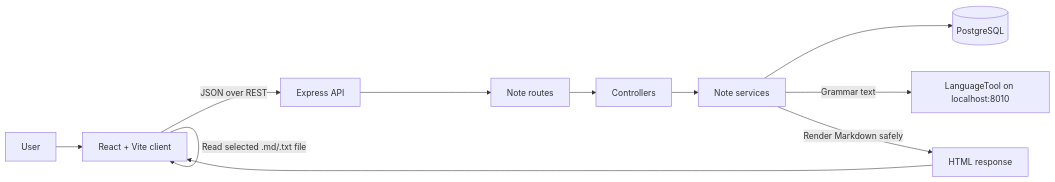
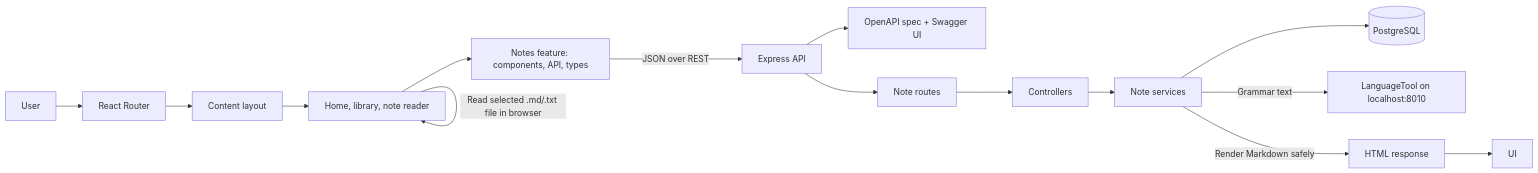
One commit to Pankajkantghz/markdown-notes-app changed the diagram in README.md. Above: the diagram before and after it, drawn with Mermaid. The commit also changed other lines of this file and 38 other files, not shown here.

Commit message:
refactor(app): restructure into feature-based architecture and add Swagger API

````diff
--- a/README.md
+++ b/README.md
@@ -7,13 +7,17 @@
 ```mermaid
 flowchart LR
-  User --> UI[React + Vite client]
-  UI -->|JSON over REST| API[Express API]
-  UI -->|Read selected .md/.txt file| UI
+  User --> Router[React Router]
+  Router --> Layout[Content layout]
+  Layout --> Pages[Home, library, note reader]
+  Pages --> NotesFeature[Notes feature: components, API, types]
+  NotesFeature -->|JSON over REST| API[Express API]
+  Pages -->|Read selected .md/.txt file in browser| Pages
+  API --> Docs[OpenAPI spec + Swagger UI]
   API --> Routes[Note routes]
   Routes --> Controllers[Controllers]
   Controllers --> Services[Note services]
   Services --> DB[(PostgreSQL)]
   Services -->|Grammar text| LT[LanguageTool on localhost:8010]
   Services -->|Render Markdown safely| HTML[HTML response]
   HTML --> UI
 ```
````
